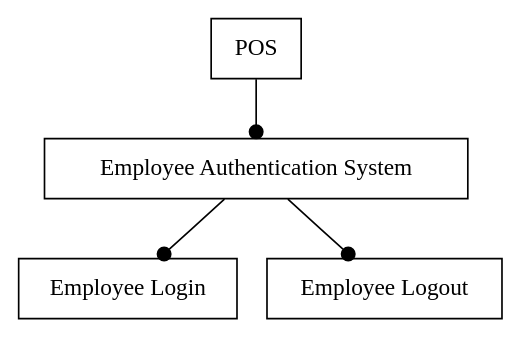
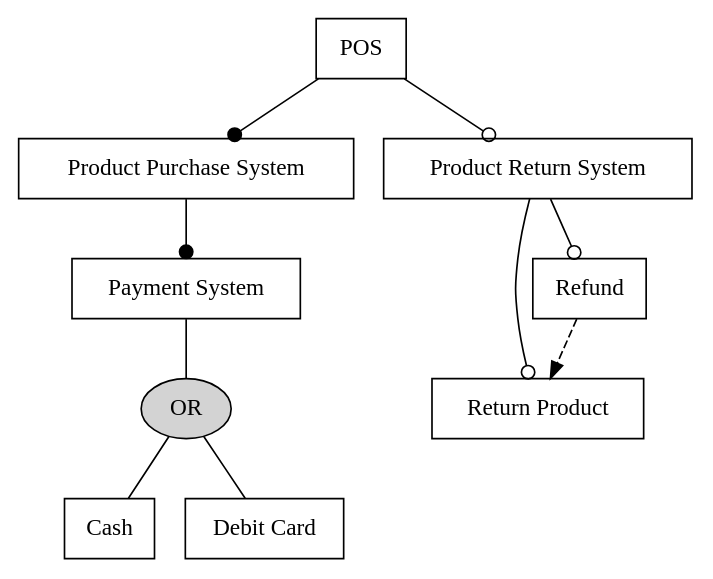
One commit to ShahadatAnik/ModelX-Capstone-Project--Django-Graphviz-BPMN--Webapp changed the diagram in keywordExtractor/graphGen/featureModel.dot. Above: the diagram before and after it, drawn with Graphviz. The commit also changed 6 other files, not shown here.

```diff
--- a/keywordExtractor/graphGen/featureModel.dot
+++ b/keywordExtractor/graphGen/featureModel.dot
@@ -1,7 +1,14 @@
 digraph pos{ 
    node [shape="box"]; 
    edge [arrowhead="dot"]; 
-   POS -> "Employee Authentication System";
-       "Employee Authentication System" -> "Employee Login";
-       "Employee Authentication System" -> "Employee Logout";
+   OR_1 [label="OR" shape="ellipse" style="filled"]
+   POS -> "Product Purchase System";
+       "Product Purchase System" -> "Payment System";
+           "Payment System" -> OR_1 [arrowhead=none];
+               OR_1 -> Cash [arrowhead=none];
+               OR_1 -> "Debit Card" [arrowhead=none];
+   POS -> "Product Return System" [arrowhead="odot"];
+       "Product Return System" -> "Return Product" [arrowhead="odot"];
+       "Product Return System" -> Refund [arrowhead="odot"];
+           Refund -> "Return Product" [style="dashed" arrowhead="normal"];
 }
```
